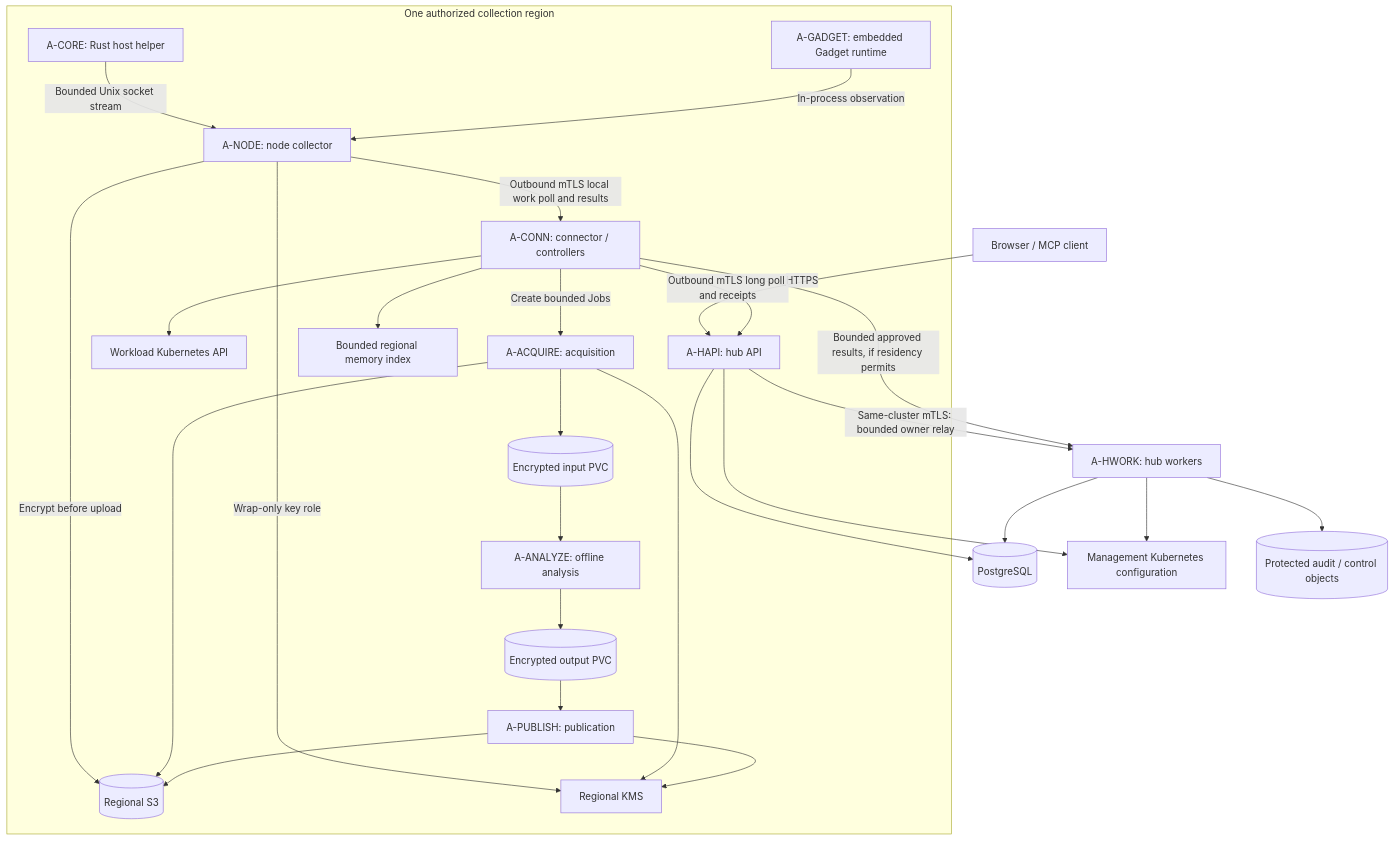
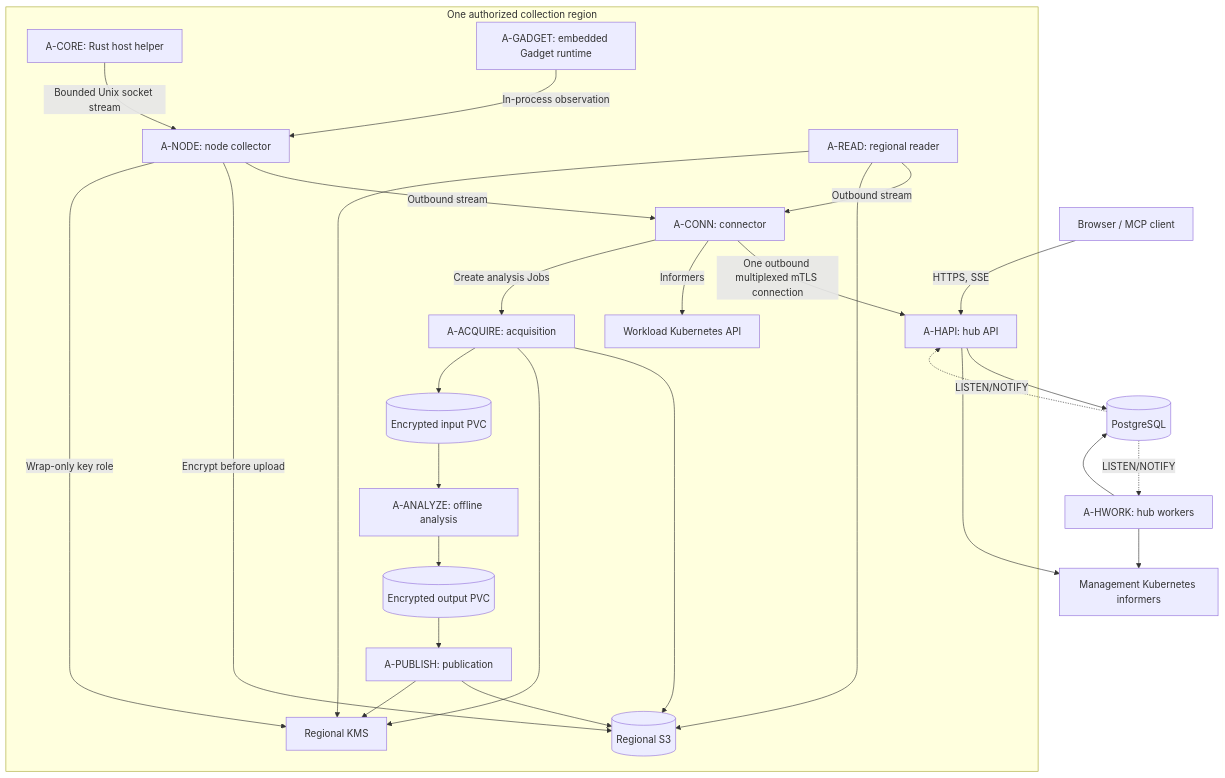
The second of 2 diagrams in docs/architecture/applications.md (phihos/asservat), drawn with Mermaid before and after one commit. The commit also changed other lines of this file and 590 other files, not shown here.

````diff
--- a/docs/architecture/applications.md
+++ b/docs/architecture/applications.md
@@ -19,30 +19,31 @@
 ```mermaid
 flowchart TB
-  User[Browser / MCP client] -->|HTTPS| API[A-HAPI: hub API]
+  User[Browser / MCP client] -->|HTTPS, SSE| API[A-HAPI: hub API]
   API --> SQL[(PostgreSQL)]
   Worker[A-HWORK: hub workers] --> SQL
-  API -->|Same-cluster mTLS: bounded owner relay| Worker
-  API --> Config[Management Kubernetes configuration]
+  SQL -.->|LISTEN/NOTIFY| API
+  SQL -.->|LISTEN/NOTIFY| Worker
+  API --> Config[Management Kubernetes informers]
   Worker --> Config
-  Worker --> Audit[(Protected audit / control objects)]
   subgraph Region[One authorized collection region]
-    Conn[A-CONN: connector / controllers] -->|Outbound mTLS long poll and receipts| API
-    Node[A-NODE: node collector] -->|Outbound mTLS local work poll and results| Conn
+    Conn[A-CONN: connector] -->|One outbound multiplexed mTLS connection| API
+    Node[A-NODE: node collector] -->|Outbound stream| Conn
+    Reader[A-READ: regional reader] -->|Outbound stream| Conn
     Helper[A-CORE: Rust host helper] -->|Bounded Unix socket stream| Node
     Gadget[A-GADGET: embedded Gadget runtime] -->|In-process observation| Node
     Node -->|Encrypt before upload| Obj[(Regional S3)]
     Node -->|Wrap-only key role| KMS[Regional KMS]
-    Conn --> Kube[Workload Kubernetes API]
-    Conn -->|Create bounded Jobs| Acquire[A-ACQUIRE: acquisition]
+    Reader --> Obj
+    Reader --> KMS
+    Conn -->|Informers| Kube[Workload Kubernetes API]
+    Conn -->|Create analysis Jobs| Acquire[A-ACQUIRE: acquisition]
     Acquire --> Obj
     Acquire --> KMS
     Acquire --> In[(Encrypted input PVC)]
     In --> Analyze[A-ANALYZE: offline analysis]
     Analyze --> Out[(Encrypted output PVC)]
     Out --> Publish[A-PUBLISH: publication]
     Publish --> Obj
     Publish --> KMS
-    Conn --> Index[Bounded regional memory index]
   end
-  Conn -->|Bounded approved results, if residency permits| Worker
 ```
````
